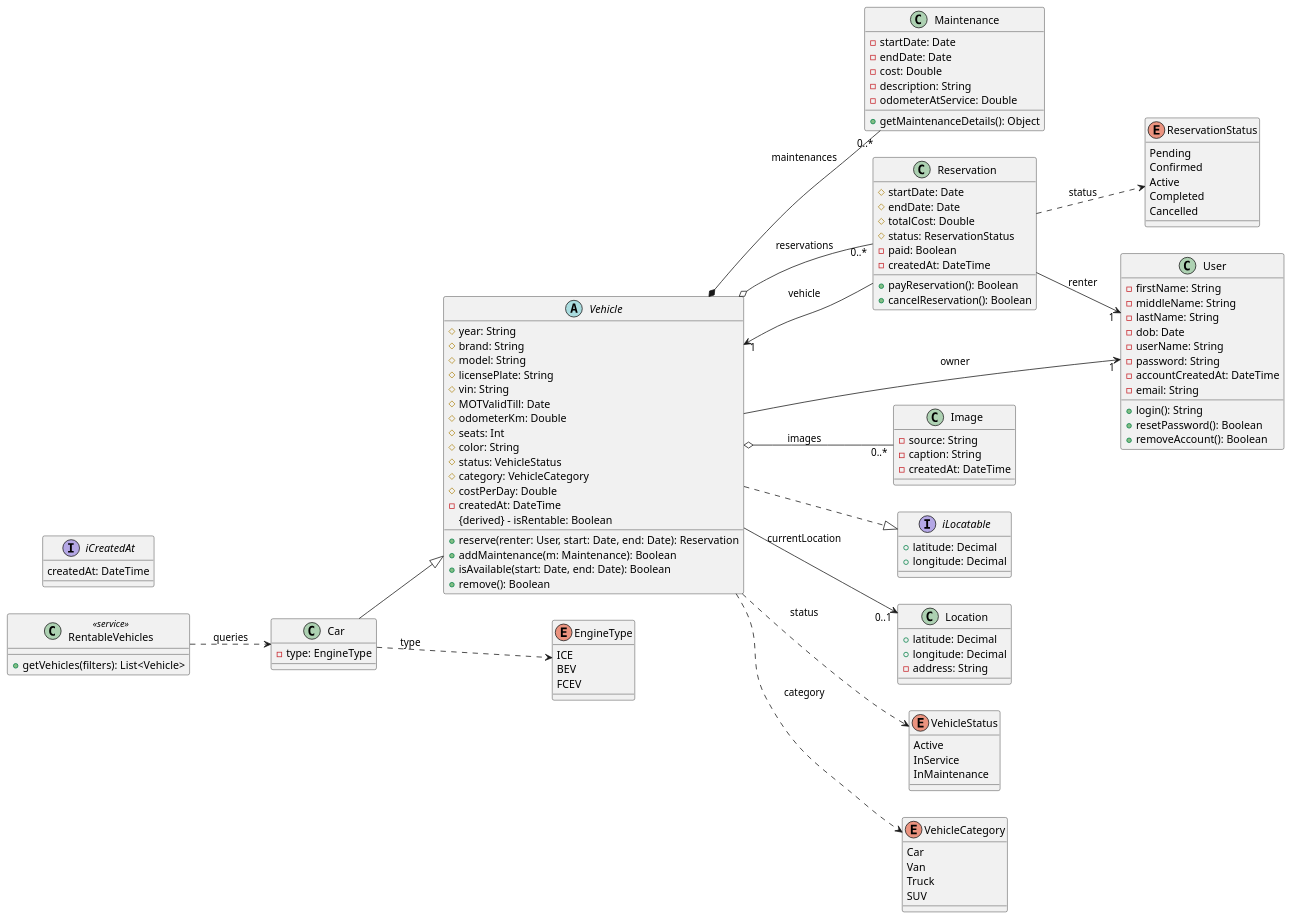
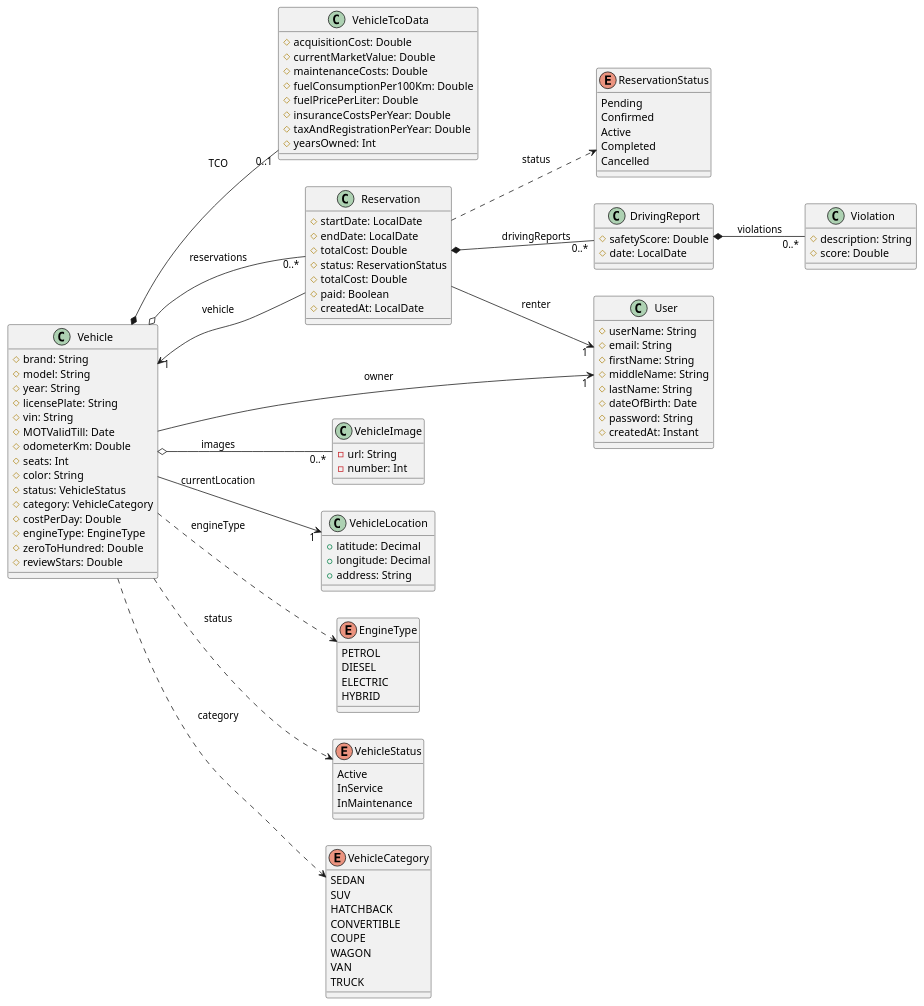
One commit to Giovanni-Schroevers/vroomly changed the diagram in uml/vroomly.puml. Above: the diagram before and after it, drawn with PlantUML.

Commit message:
Update uml

```diff
--- a/uml/vroomly.puml
+++ b/uml/vroomly.puml
@@ -2,150 +2,137 @@
 @startuml
 left to right direction
 'skinparam classAttributeIconSize 0
 
 '========================
 ' Core domain
 '========================
-abstract class Vehicle {
-  # year: String
+class Vehicle {
   # brand: String
   # model: String
+  # year: String
   # licensePlate: String
   # vin: String
   # MOTValidTill: Date
   # odometerKm: Double
   # seats: Int
   # color: String
   # status: VehicleStatus
   # category: VehicleCategory
   # costPerDay: Double
-'  Replace for interface
-  - createdAt: DateTime
-  {derived} - isRentable: Boolean
-  + reserve(renter: User, start: Date, end: Date): Reservation
-  + addMaintenance(m: Maintenance): Boolean
-  + isAvailable(start: Date, end: Date): Boolean
-  + remove(): Boolean
+  # engineType: EngineType
+  # zeroToHundred: Double
+  # reviewStars: Double
 }
 
-class Car {
-  - type: EngineType
-}
-
-class Maintenance {
-  - startDate: Date
-  - endDate: Date
-  - cost: Double
-  - description: String
-  - odometerAtService: Double
-  + getMaintenanceDetails(): Object
+class VehicleTcoData {
+  # acquisitionCost: Double
+  # currentMarketValue: Double
+  # maintenanceCosts: Double
+  # fuelConsumptionPer100Km: Double
+  # fuelPricePerLiter: Double
+  # insuranceCostsPerYear: Double
+  # taxAndRegistrationPerYear: Double
+  # yearsOwned: Int
 }
 
 class Reservation {
-  # startDate: Date
-  # endDate: Date
+  # startDate: LocalDate
+  # endDate: LocalDate
   # totalCost: Double
   # status: ReservationStatus
-  - paid: Boolean
-'  Replace for interface
-  - createdAt: DateTime
-  + payReservation(): Boolean
-  + cancelReservation(): Boolean
+  # totalCost: Double
+  # paid: Boolean
+  # createdAt: LocalDate
+}
+
+class DrivingReport {
+  # safetyScore: Double
+  # date: LocalDate
+}
+
+class Violation {
+  # description: String
+  # score: Double
 }
 
 class User {
-  - firstName: String
-  - middleName: String
-  - lastName: String
-  - dob: Date
-  - userName: String
-  - password: String
-'  Replace for interface
-  - accountCreatedAt: DateTime
-  - email: String
-  + login(): String
-  + resetPassword(): Boolean
-  + removeAccount(): Boolean
+  # userName: String
+  # email: String
+  # firstName: String
+  # middleName: String
+  # lastName: String
+  # dateOfBirth: Date
+  # password: String
+  # createdAt: Instant
 }
 
-class Image {
-  - source: String
-  - caption: String
-  - createdAt: DateTime
+class VehicleImage {
+  - url: String
+  - number: Int
 }
 
-interface iLocatable {
+class VehicleLocation {
   + latitude: Decimal
   + longitude: Decimal
-}
-
-interface iCreatedAt {
-    createdAt: DateTime
-}
-
-class RentableVehicles <<service>> {
-  + getVehicles(filters): List<Vehicle>
-}
-
-class Location {
-  + latitude: Decimal
-  + longitude: Decimal
-  - address: String
+  + address: String
 }
 
 '========================
 ' Enums
 '========================
 enum EngineType {
-  ICE
-  BEV
-  FCEV
+  PETROL
+  DIESEL
+  ELECTRIC
+  HYBRID
 }
 
 enum VehicleStatus {
   Active
   InService
   InMaintenance
 }
 
 enum VehicleCategory {
-  Car
-  Van
-  Truck
+  SEDAN
   SUV
+  HATCHBACK
+  CONVERTIBLE
+  COUPE
+  WAGON
+  VAN
+  TRUCK
 }
 
 enum ReservationStatus {
   Pending
   Confirmed
   Active
   Completed
   Cancelled
 }
 
 '========================
 ' Associations (lines)
 '========================
-Car --|> Vehicle
-Car ..> EngineType : type
-
-Vehicle *-- "0..*" Maintenance : maintenances
 Vehicle o-- "0..*" Reservation : reservations
-Vehicle o-- "0..*" Image : images
+Vehicle o-- "0..*" VehicleImage : images
 Vehicle --> "1" User : owner
-Vehicle ..|> iLocatable
-Vehicle --> "0..1" Location : currentLocation
+Vehicle --> "1" VehicleLocation : currentLocation
+Vehicle *-- "0..1" VehicleTcoData : TCO
 
 Reservation --> "1" Vehicle : vehicle
 Reservation --> "1" User : renter
+Reservation *-- "0..*" DrivingReport : drivingReports
 
-RentableVehicles ..> Car : queries
+DrivingReport *-- "0..*" Violation: violations
 
 '========================
 ' Enum dependencies (lines from classes to enums)
 '========================
 Vehicle ..> VehicleStatus : status
 Vehicle ..> VehicleCategory : category
+Vehicle ..> EngineType : engineType
 Reservation ..> ReservationStatus : status
 
 @enduml
```
